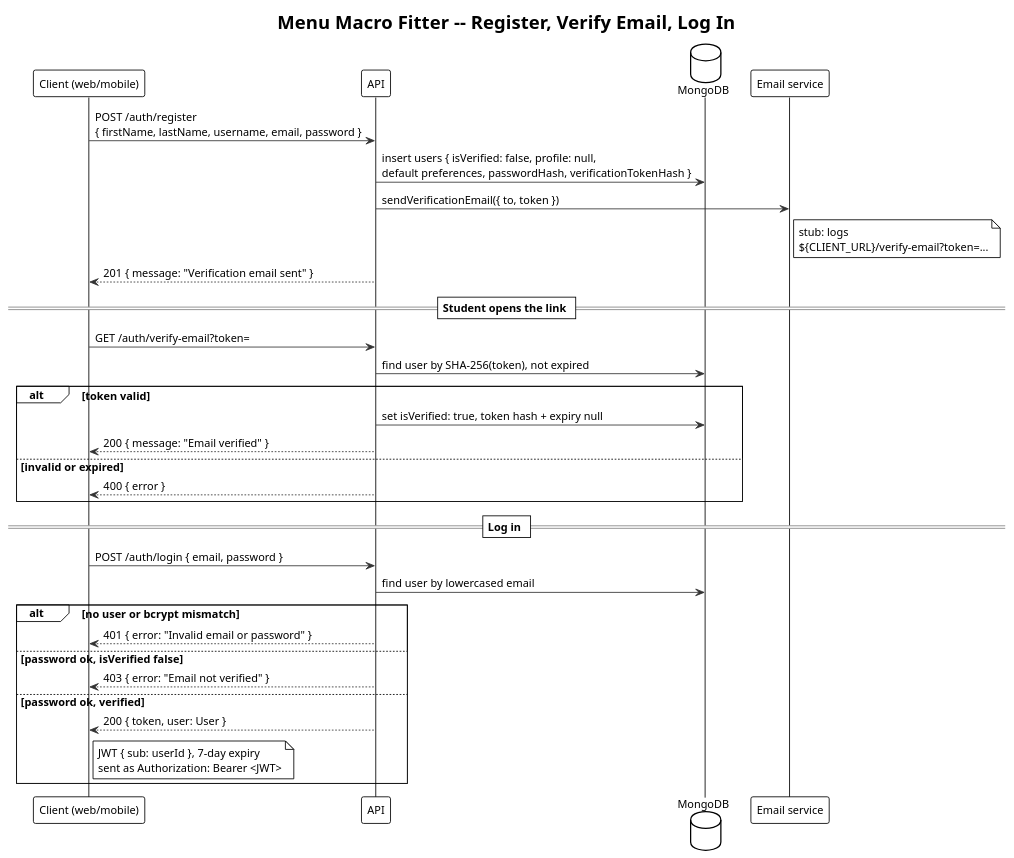
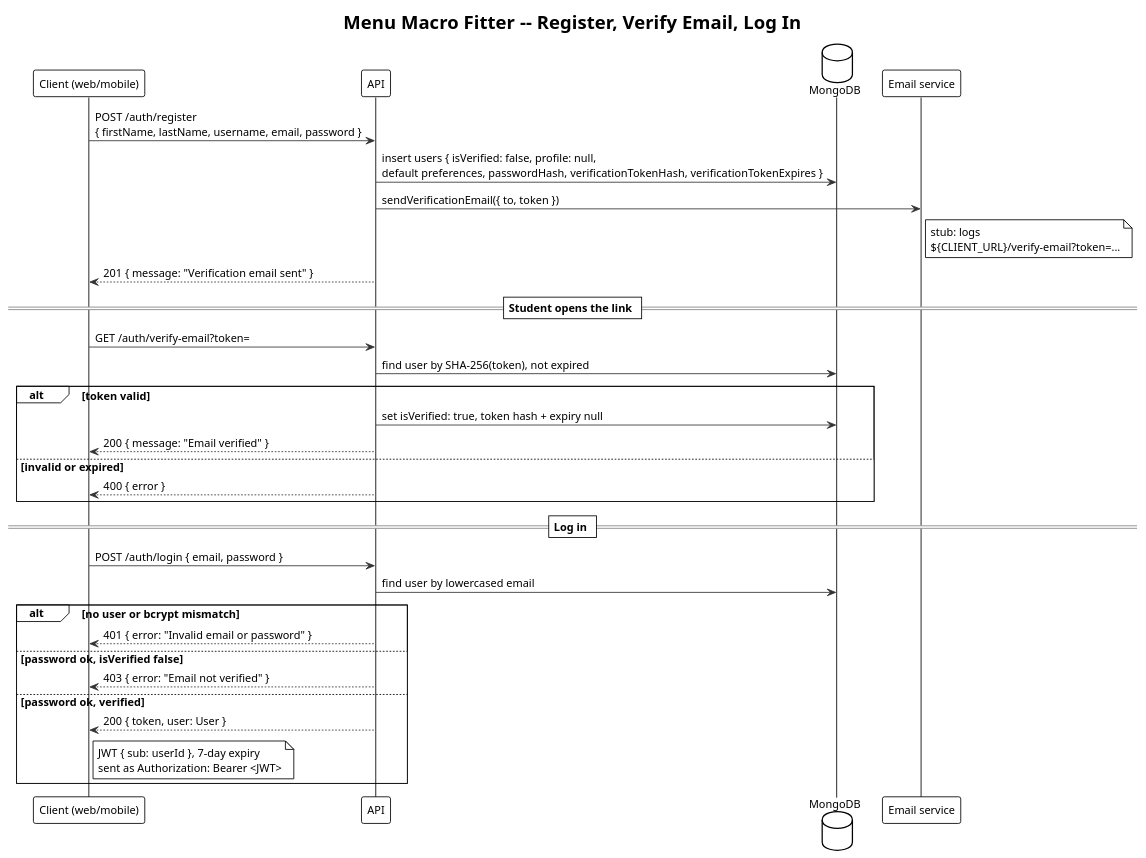
The diagram in docs/diagrams/sequence-auth.puml (polter-dev/POOSD_large_proj), drawn with PlantUML before and after one commit. The commit also changed 1 other file, not shown here.

Commit message:
Drop recommendations->profile include; add verificationTokenExpires (#37 review)

```diff
--- a/docs/diagrams/sequence-auth.puml
+++ b/docs/diagrams/sequence-auth.puml
@@ -1,49 +1,49 @@
 @startuml sequence-auth
 ' Menu Macro Fitter -- register, verify email, log in
 ' Messages, fields and status codes from docs/api-contract.md (paths under /api).
 
 !theme plain
 
 skinparam defaultFontName Verdana
 skinparam defaultFontSize 13
 skinparam shadowing false
 skinparam ArrowColor #333333
 
 title Menu Macro Fitter -- Register, Verify Email, Log In
 
 participant "Client (web/mobile)" as Client
 participant API
 database MongoDB
 participant "Email service" as Email
 
 Client -> API : POST /auth/register\n{ firstName, lastName, username, email, password }
-API -> MongoDB : insert users { isVerified: false, profile: null,\ndefault preferences, passwordHash, verificationTokenHash }
+API -> MongoDB : insert users { isVerified: false, profile: null,\ndefault preferences, passwordHash, verificationTokenHash, verificationTokenExpires }
 API -> Email : sendVerificationEmail({ to, token })
 note right of Email : stub: logs\n${CLIENT_URL}/verify-email?token=...
 API --> Client : 201 { message: "Verification email sent" }
 
 == Student opens the link ==
 
 Client -> API : GET /auth/verify-email?token=
 API -> MongoDB : find user by SHA-256(token), not expired
 alt token valid
   API -> MongoDB : set isVerified: true, token hash + expiry null
   API --> Client : 200 { message: "Email verified" }
 else invalid or expired
   API --> Client : 400 { error }
 end
 
 == Log in ==
 
 Client -> API : POST /auth/login { email, password }
 API -> MongoDB : find user by lowercased email
 alt no user or bcrypt mismatch
   API --> Client : 401 { error: "Invalid email or password" }
 else password ok, isVerified false
   API --> Client : 403 { error: "Email not verified" }
 else password ok, verified
   API --> Client : 200 { token, user: User }
   note right of Client : JWT { sub: userId }, 7-day expiry\nsent as Authorization: Bearer <JWT>
 end
 
 @enduml
```
